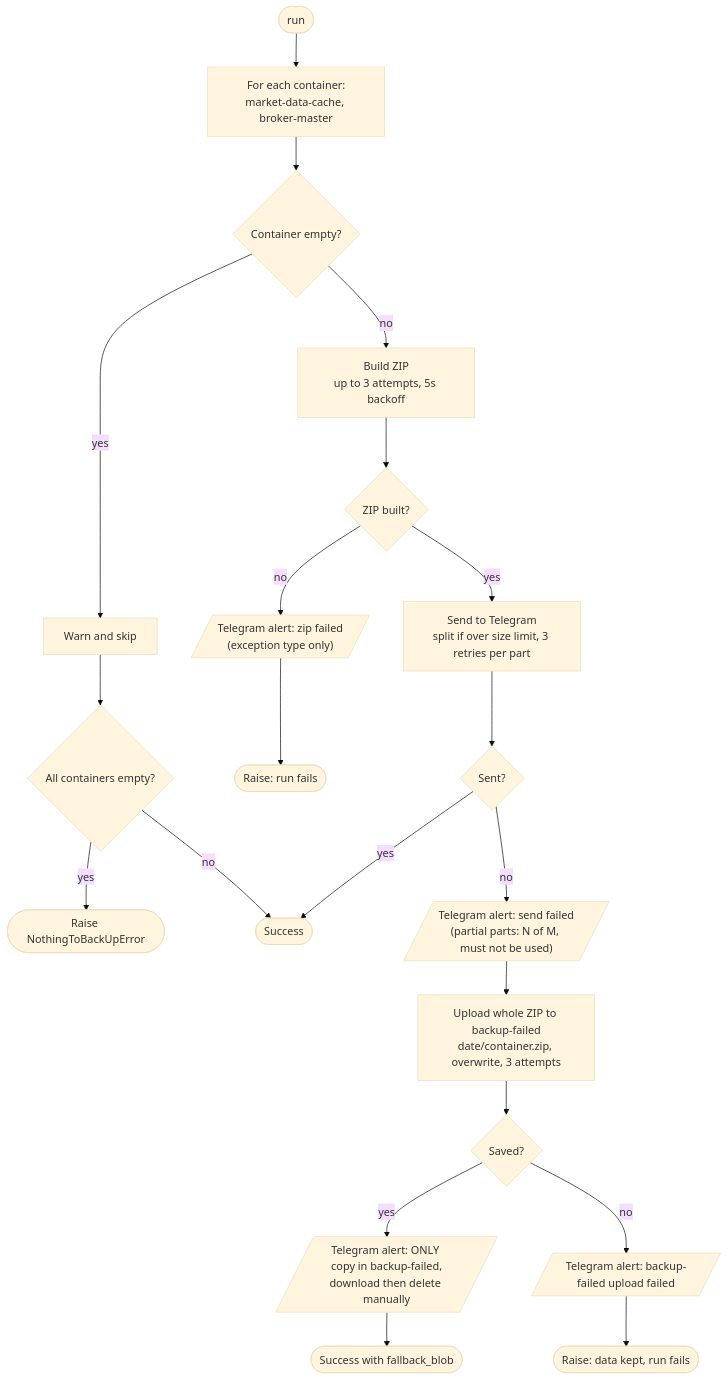
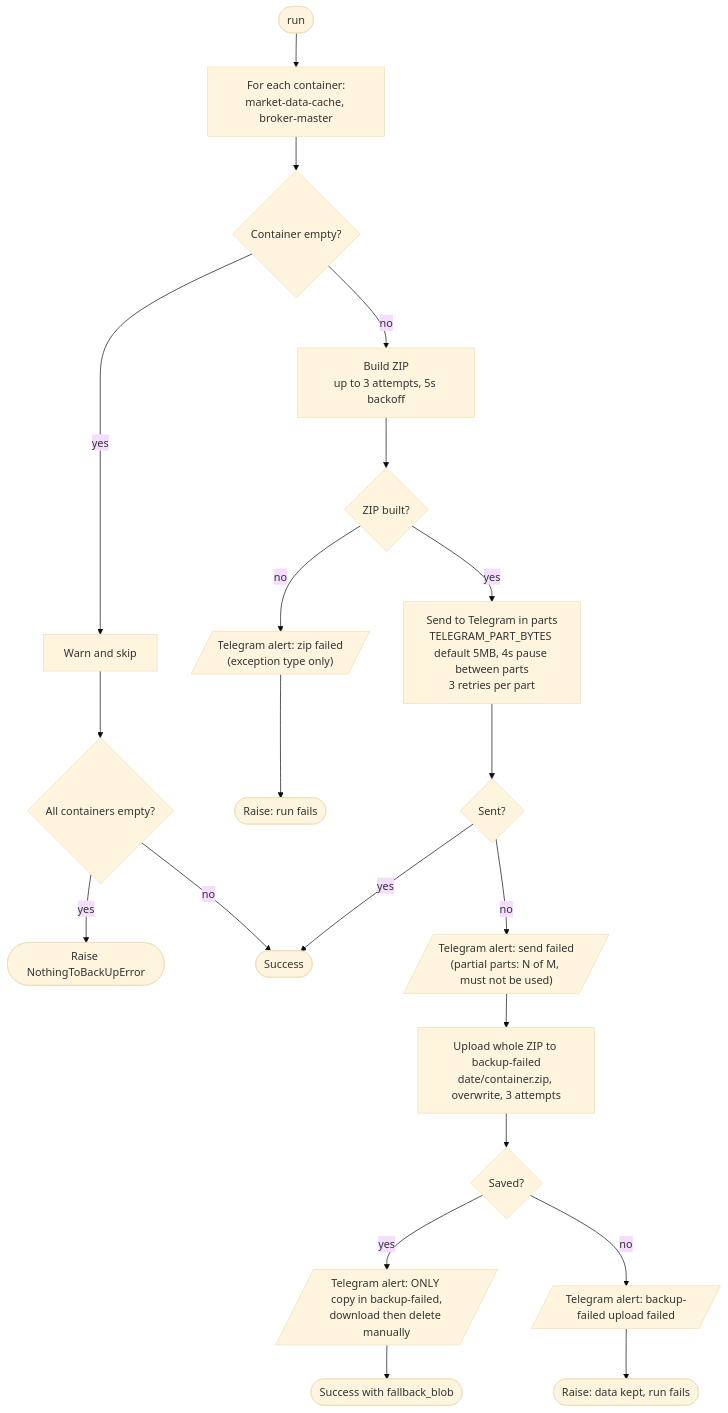
One commit to AllakaNarasimha/azure-market-data-fetcher changed the sixth of 6 diagrams in docs/schedulers-flow.md. Above: the diagram before and after it, drawn with Mermaid (base theme). The commit also changed other lines of this file and 6 other files, not shown here.

````diff
--- a/docs/schedulers-flow.md
+++ b/docs/schedulers-flow.md
@@ -159,20 +220,20 @@
 ```mermaid
 flowchart TD
     A([run]) --> B[For each container:<br/>market-data-cache, broker-master]
     B --> C{Container empty?}
     C -- yes --> C1[Warn and skip]
     C -- no --> D[Build ZIP<br/>up to 3 attempts, 5s backoff]
     D --> E{ZIP built?}
     E -- no --> E1[/"Telegram alert: zip failed<br/>(exception type only)"/] --> X1([Raise: run fails])
-    E -- yes --> F[Send to Telegram<br/>split if over size limit, 3 retries per part]
+    E -- yes --> F[Send to Telegram in parts<br/>TELEGRAM_PART_BYTES default 5MB, 4s pause between parts<br/>3 retries per part]
     F --> G{Sent?}
     G -- yes --> OK([Success])
     G -- no --> H[/"Telegram alert: send failed<br/>(partial parts: N of M, must not be used)"/]
     H --> I[Upload whole ZIP to backup-failed<br/>date/container.zip, overwrite, 3 attempts]
     I --> J{Saved?}
     J -- yes --> K[/"Telegram alert: ONLY copy in backup-failed,<br/>download then delete manually"/] --> FB([Success with fallback_blob])
     J -- no --> L[/"Telegram alert: backup-failed upload failed"/] --> X2([Raise: data kept, run fails])
     C1 --> M{All containers empty?}
     M -- yes --> X3([Raise NothingToBackUpError])
     M -- no --> OK
 ```
````
